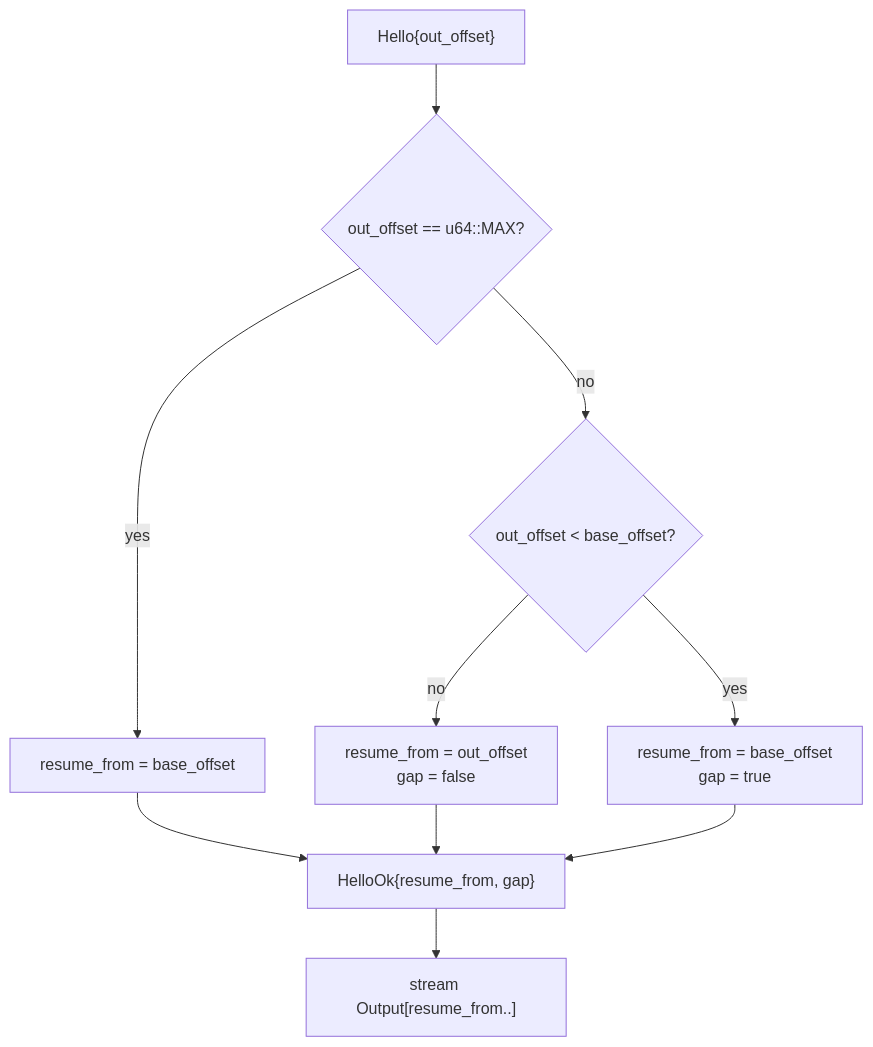
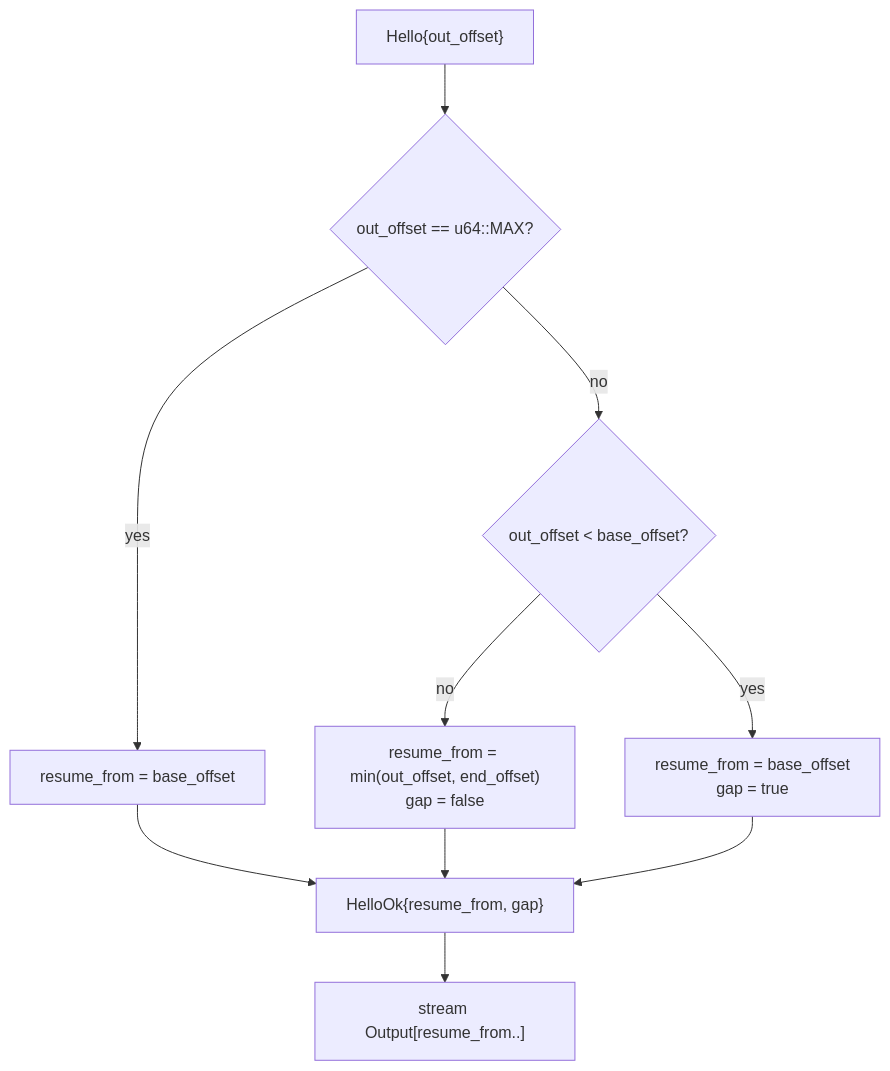
The second of 4 diagrams in IMPLEMENTATION.md (fornwall/nomux), drawn with Mermaid before and after one commit. The commit also changed other lines of this file and 19 other files, not shown here.

````diff
--- a/IMPLEMENTATION.md
+++ b/IMPLEMENTATION.md
@@ -233,12 +233,12 @@
 ```mermaid
 flowchart TD
   A["Hello{out_offset}"] --> B{"out_offset == u64::MAX?"}
   B -- yes --> C["resume_from = base_offset"]
   B -- no --> D{"out_offset < base_offset?"}
-  D -- no --> E["resume_from = out_offset<br/>gap = false"]
+  D -- no --> E["resume_from = min(out_offset, end_offset)<br/>gap = false"]
   D -- yes --> F["resume_from = base_offset<br/>gap = true"]
   C --> G["HelloOk{resume_from, gap}"]
   E --> G
   F --> G
   G --> I["stream Output[resume_from..]"]
 ```
````
